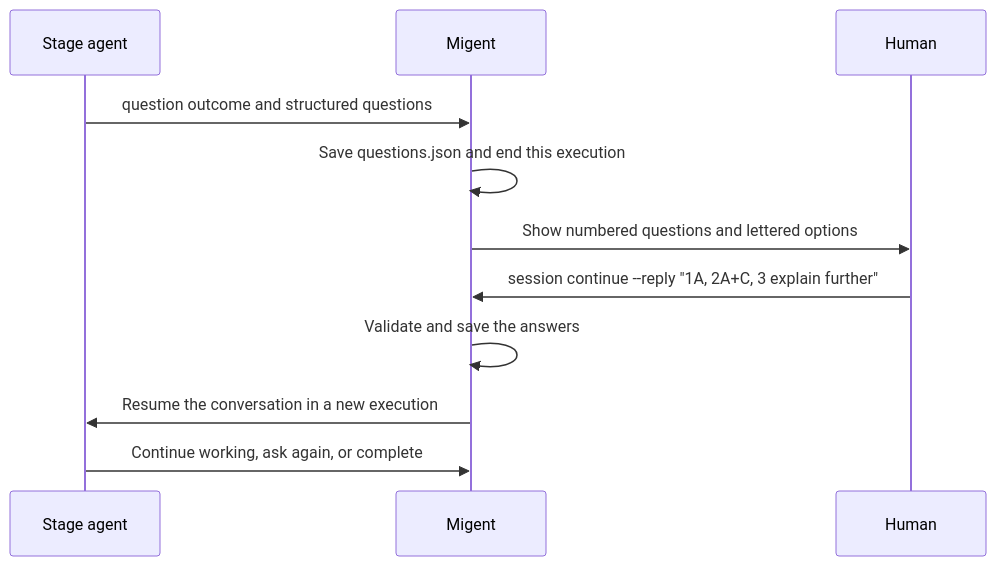
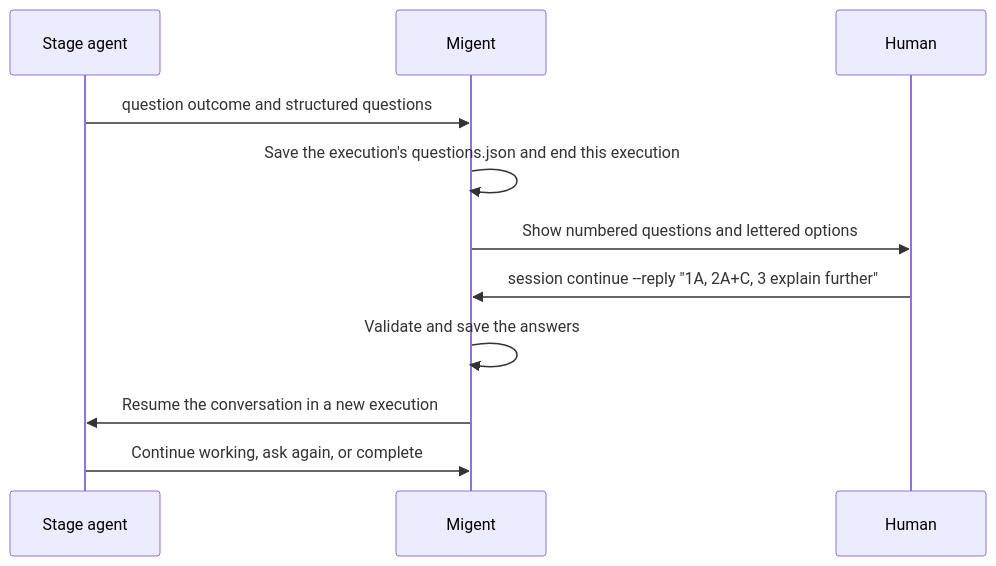
The diagram in docs/human-in-the-loop.md (nodeint/migent), drawn with Mermaid before and after one commit. The commit also changed other lines of this file and 45 other files, not shown here.

````diff
--- a/docs/human-in-the-loop.md
+++ b/docs/human-in-the-loop.md
@@ -45,13 +45,13 @@
 ```mermaid
 sequenceDiagram
     participant A as Stage agent
     participant M as Migent
     participant H as Human
     A->>M: question outcome and structured questions
-    M->>M: Save questions.json and end this execution
+    M->>M: Save the execution's questions.json and end this execution
     M->>H: Show numbered questions and lettered options
     H->>M: session continue --reply "1A, 2A+C, 3 explain further"
     M->>M: Validate and save the answers
     M->>A: Resume the conversation in a new execution
     A->>M: Continue working, ask again, or complete
 ```
````
